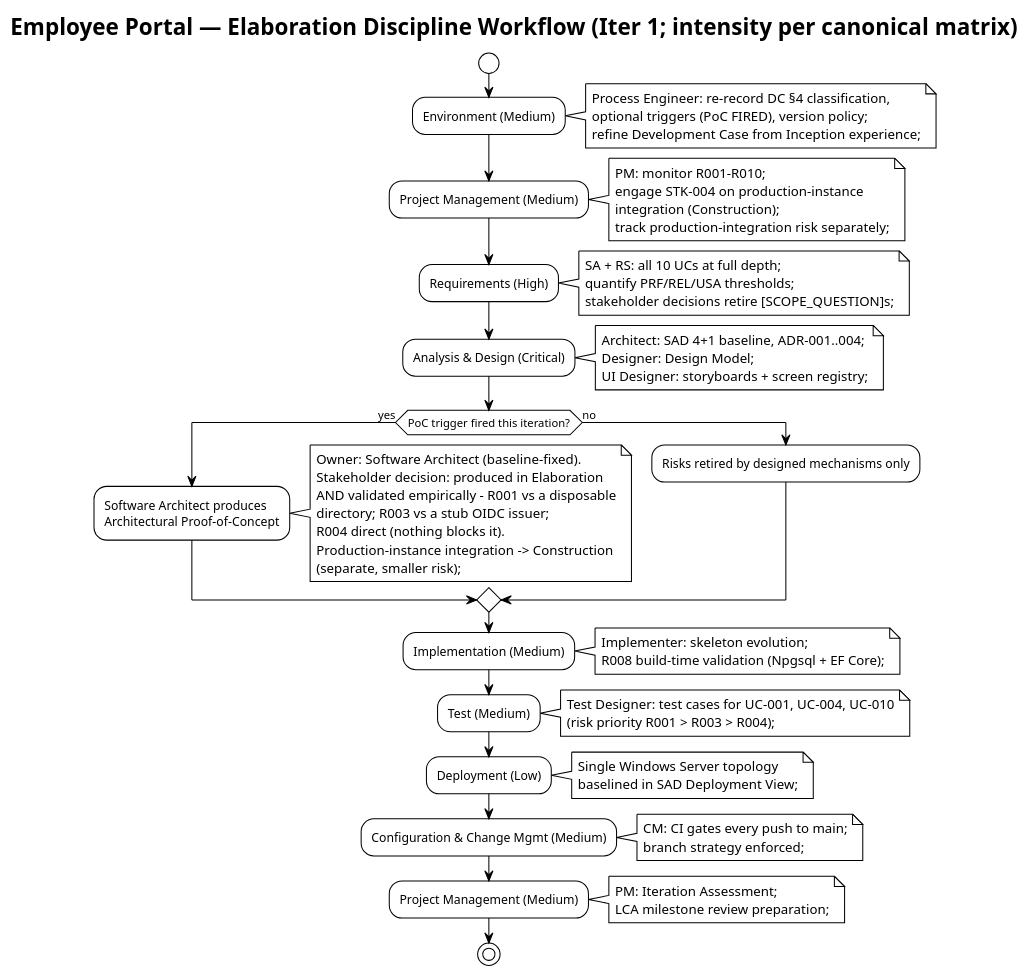
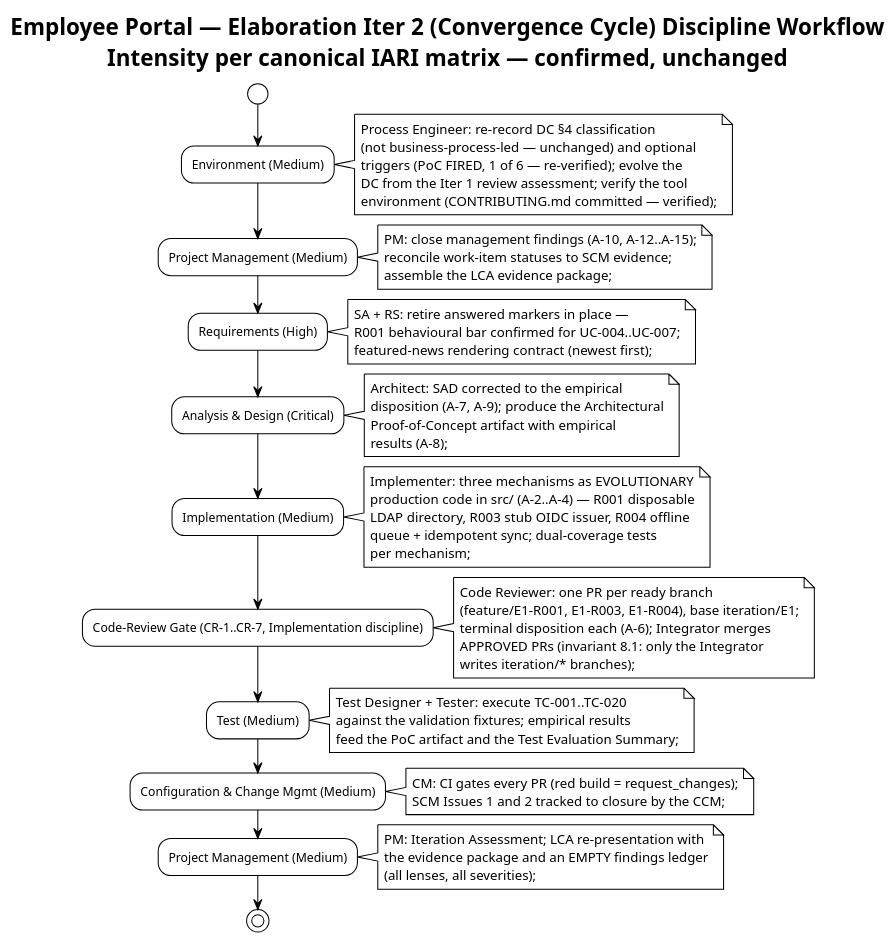
One commit to banense-test/employee-portal changed the first of 4 diagrams in docs/artifacts/environment/development-case.md. Above: the diagram before and after it, drawn with PlantUML. The commit also changed other lines of this file, not shown here.

First line of the commit message:
Process Engineer [E2]: upsert Development Case

````diff
--- a/docs/artifacts/environment/development-case.md
+++ b/docs/artifacts/environment/development-case.md
@@ -55,33 +57,27 @@
 ```plantuml
 @startuml
 !theme plain
-title Employee Portal — Elaboration Discipline Workflow (Iter 1; intensity per canonical matrix)
+title Employee Portal — Elaboration Iter 2 (Convergence Cycle) Discipline Workflow\nIntensity per canonical IARI matrix — confirmed, unchanged
 
 start
 :Environment (Medium);
-note right: Process Engineer: re-record DC §4 classification,\noptional triggers (PoC FIRED), version policy;\nrefine Development Case from Inception experience;
+note right: Process Engineer: re-record DC §4 classification\n(not business-process-led — unchanged) and optional\ntriggers (PoC FIRED, 1 of 6 — re-verified); evolve the\nDC from the Iter 1 review assessment; verify the tool\nenvironment (CONTRIBUTING.md committed — verified);
 :Project Management (Medium);
-note right: PM: monitor R001-R010;\nengage STK-004 on production-instance\nintegration (Construction);\ntrack production-integration risk separately;
+note right: PM: close management findings (A-10, A-12..A-15);\nreconcile work-item statuses to SCM evidence;\nassemble the LCA evidence package;
 :Requirements (High);
-note right: SA + RS: all 10 UCs at full depth;\nquantify PRF/REL/USA thresholds;\nstakeholder decisions retire [SCOPE_QUESTION]s;
+note right: SA + RS: retire answered markers in place —\nR001 behavioural bar confirmed for UC-004..UC-007;\nfeatured-news rendering contract (newest first);
 :Analysis & Design (Critical);
-note right: Architect: SAD 4+1 baseline, ADR-001..004;\nDesigner: Design Model;\nUI Designer: storyboards + screen registry;
-if (PoC trigger fired this iteration?) then (yes)
-  :Software Architect produces\nArchitectural Proof-of-Concept;
-  note right: Owner: Software Architect (baseline-fixed).\nStakeholder decision: produced in Elaboration\nAND validated empirically - R001 vs a disposable\ndirectory; R003 vs a stub OIDC issuer;\nR004 direct (nothing blocks it).\nProduction-instance integration -> Construction\n(separate, smaller risk);
-else (no)
-  :Risks retired by designed mechanisms only;
-endif
+note right: Architect: SAD corrected to the empirical\ndisposition (A-7, A-9); produce the Architectural\nProof-of-Concept artifact with empirical\nresults (A-8);
 :Implementation (Medium);
-note right: Implementer: skeleton evolution;\nR008 build-time validation (Npgsql + EF Core);
+note right: Implementer: three mechanisms as EVOLUTIONARY\nproduction code in src/ (A-2..A-4) — R001 disposable\nLDAP directory, R003 stub OIDC issuer, R004 offline\nqueue + idempotent sync; dual-coverage tests\nper mechanism;
+:Code-Review Gate (CR-1..CR-7, Implementation discipline);
+note right: Code Reviewer: one PR per ready branch\n(feature/E1-R001, E1-R003, E1-R004), base iteration/E1;\nterminal disposition each (A-6); Integrator merges\nAPPROVED PRs (invariant 8.1: only the Integrator\nwrites iteration/* branches);
 :Test (Medium);
-note right: Test Designer: test cases for UC-001, UC-004, UC-010\n(risk priority R001 > R003 > R004);
-:Deployment (Low);
-note right: Single Windows Server topology\nbaselined in SAD Deployment View;
+note right: Test Designer + Tester: execute TC-001..TC-020\nagainst the validation fixtures; empirical results\nfeed the PoC artifact and the Test Evaluation Summary;
 :Configuration & Change Mgmt (Medium);
-note right: CM: CI gates every push to main;\nbranch strategy enforced;
+note right: CM: CI gates every PR (red build = request_changes);\nSCM Issues 1 and 2 tracked to closure by the CCM;
 :Project Management (Medium);
-note right: PM: Iteration Assessment;\nLCA milestone review preparation;
+note right: PM: Iteration Assessment; LCA re-presentation with\nthe evidence package and an EMPTY findings ledger\n(all lenses, all severities);
 stop
 @enduml
 ```
````
